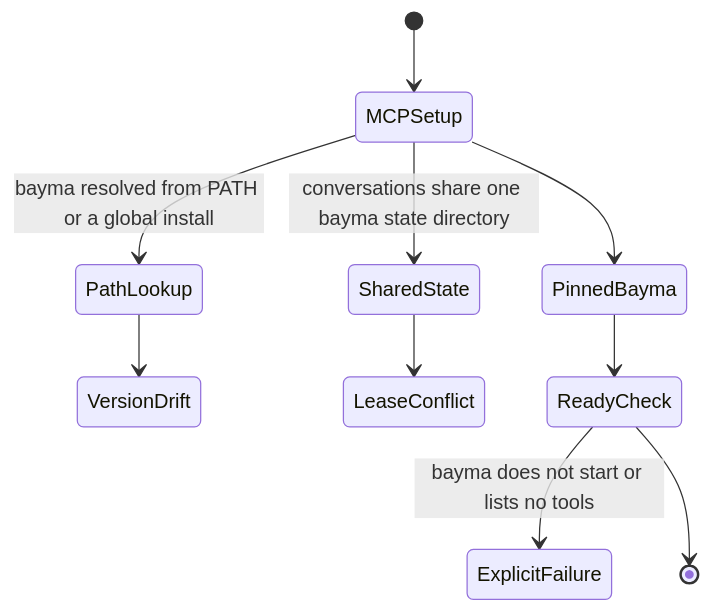
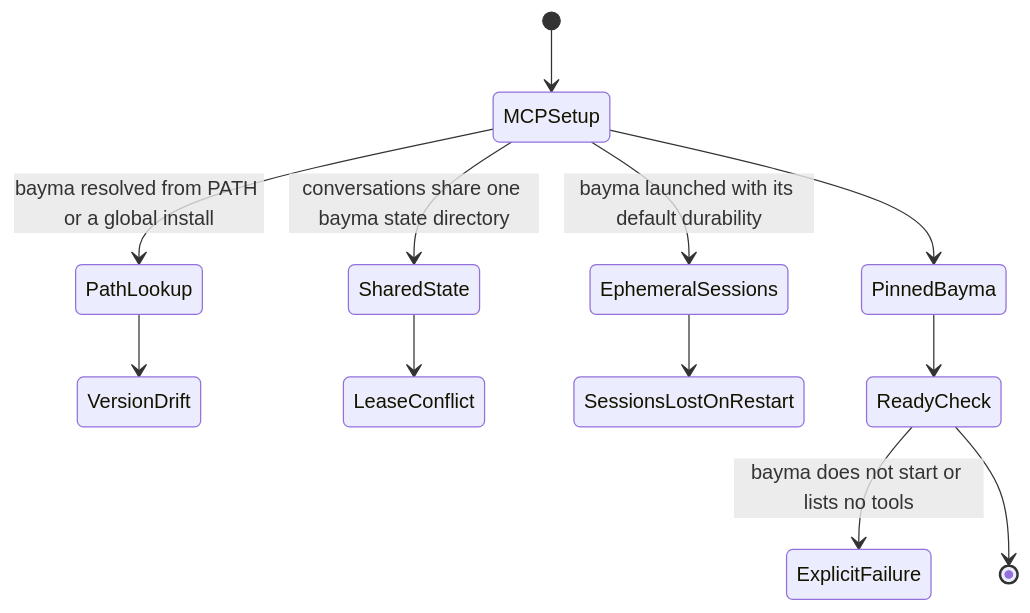
One commit to eaucoin/alasio changed the third of 3 diagrams in src/mcp/README.md. Above: the diagram before and after it, drawn with Mermaid. The commit also changed other lines of this file and 3 other files, not shown here.

First line of the commit message:
Keep bayma sessions across alasio restarts

````diff
--- a/src/mcp/README.md
+++ b/src/mcp/README.md
@@ -31,12 +32,14 @@
 ```mermaid
 stateDiagram-v2
   [*] --> MCPSetup
   MCPSetup --> PathLookup: bayma resolved from PATH or a global install
   PathLookup --> VersionDrift
   MCPSetup --> SharedState: conversations share one bayma state directory
   SharedState --> LeaseConflict
+  MCPSetup --> EphemeralSessions: bayma launched with its default durability
+  EphemeralSessions --> SessionsLostOnRestart
   MCPSetup --> PinnedBayma
   PinnedBayma --> ReadyCheck
   ReadyCheck --> ExplicitFailure: bayma does not start or lists no tools
   ReadyCheck --> [*]
 ```
````
